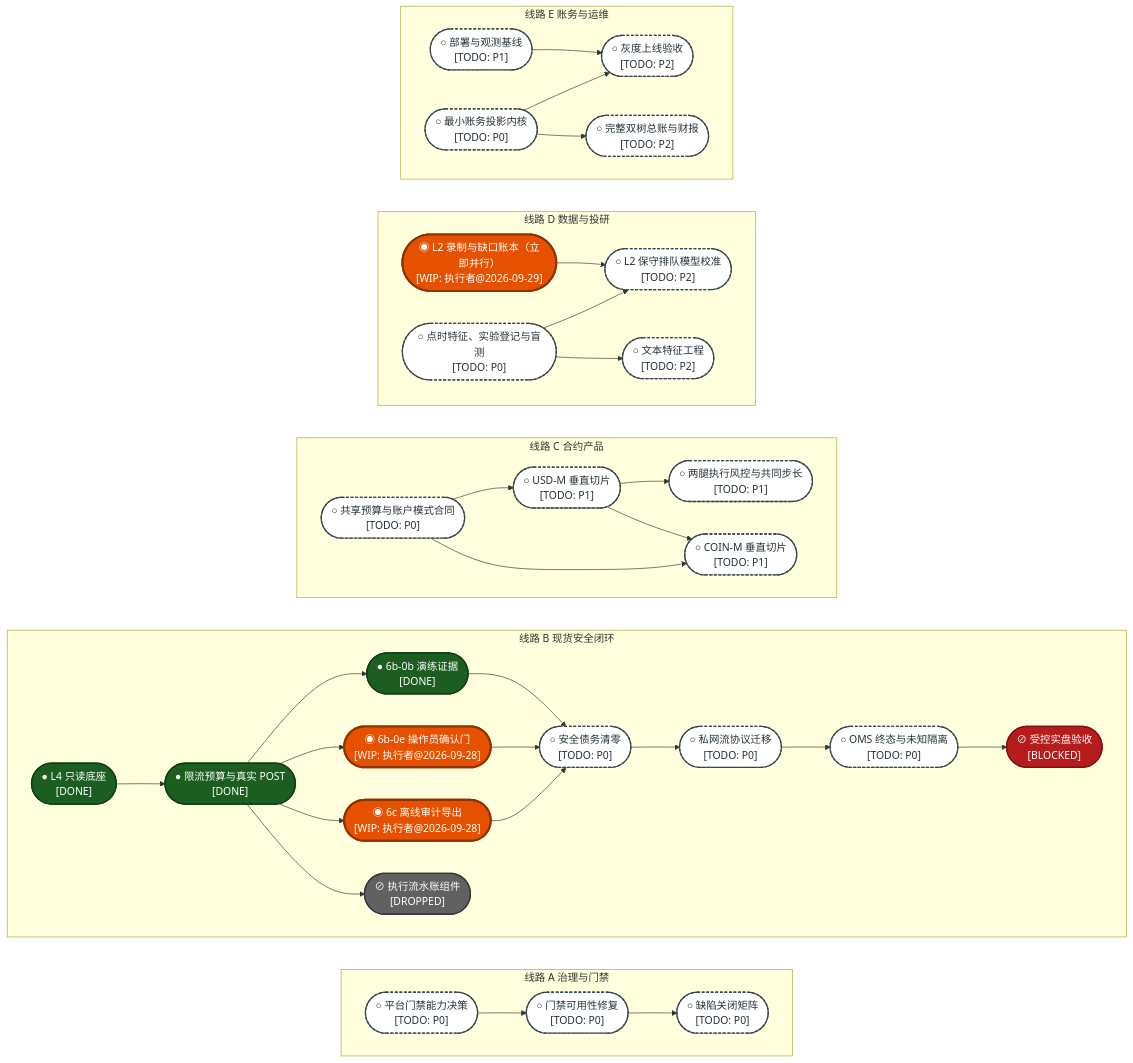
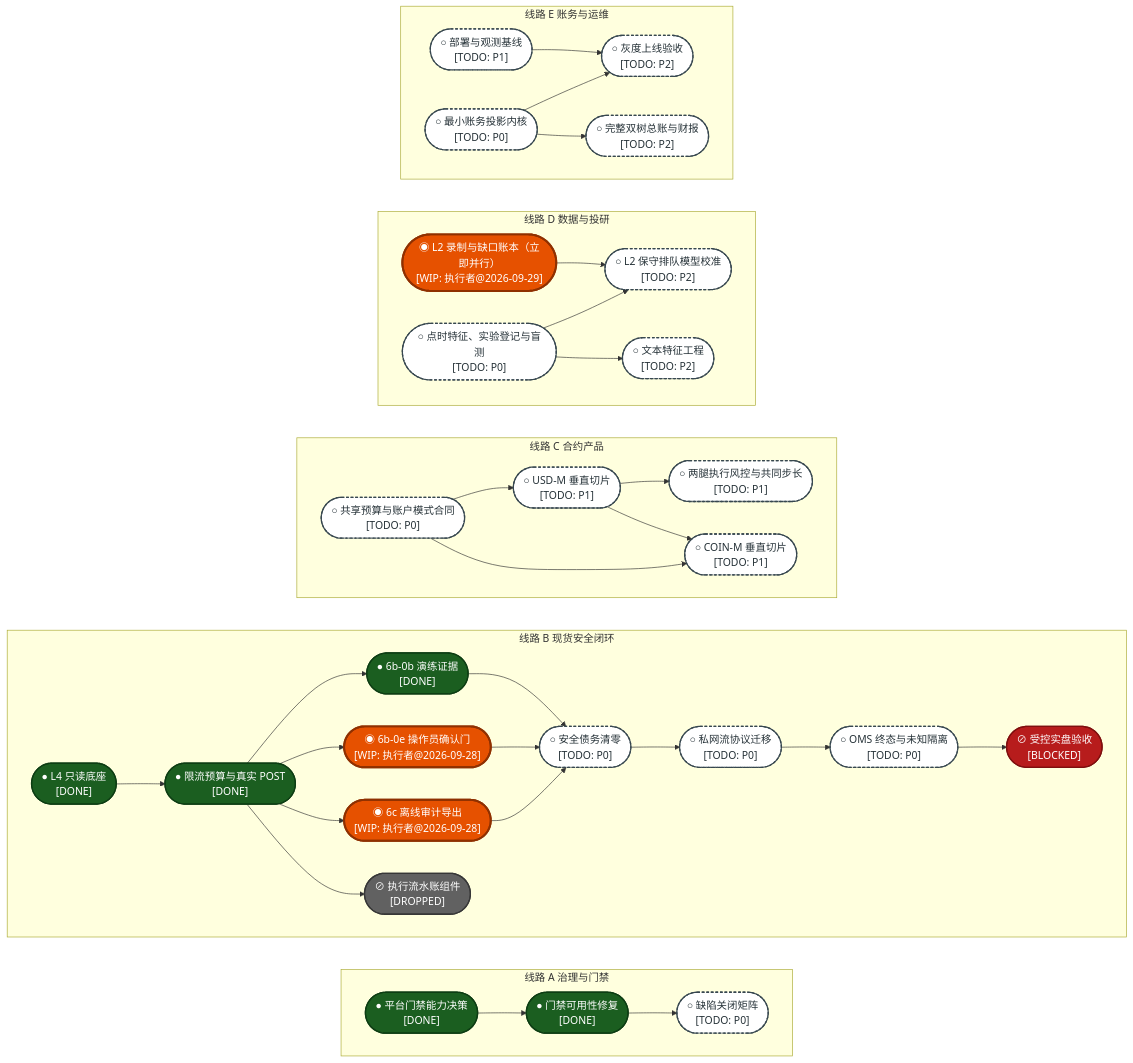
One commit to EypeZeo/hengyuan_v2 changed the first of 5 diagrams in docs/HengYuan_v2_全自动量化实盘系统实施指南与TODOLIST.md. Above: the diagram before and after it, drawn with Mermaid. The commit also changed other lines of this file and 2 other files, not shown here.

Commit message:
docs(blueprint): required checks live - A0/A1/GATE-00 done, 2.2.x/2.5/2.6/3.2, FI-041, B.1, C/D synced

````diff
--- a/docs/HengYuan_v2_全自动量化实盘系统实施指南与TODOLIST.md
+++ b/docs/HengYuan_v2_全自动量化实盘系统实施指南与TODOLIST.md
@@ -100,8 +100,8 @@
 
     subgraph LA ["线路 A 治理与门禁"]
         direction LR
-        A0(["○ 平台门禁能力决策<br/>[TODO: P0]"])
-        A1(["○ 门禁可用性修复<br/>[TODO: P0]"])
+        A0(["● 平台门禁能力决策<br/>[DONE]"])
+        A1(["● 门禁可用性修复<br/>[DONE]"])
         A2(["○ 缺陷关闭矩阵<br/>[TODO: P0]"])
         A0 --> A1
         A1 --> A2
@@ -166,10 +166,10 @@
         E0 --> E3
     end
 
-    class B0,B1 done
+    class A0,A1,B0,B1 done
     class B2 done
     class B3,B4,D0 wip
-    class A0,A1,A2,B5,B6,B7,C0,C1,C2,C3,D1,D2,D3,E0,E1,E2,E3 todo
+    class A2,B5,B6,B7,C0,C1,C2,C3,D1,D2,D3,E0,E1,E2,E3 todo
     class B8 blocked
     class BD dropped
 ```
````
